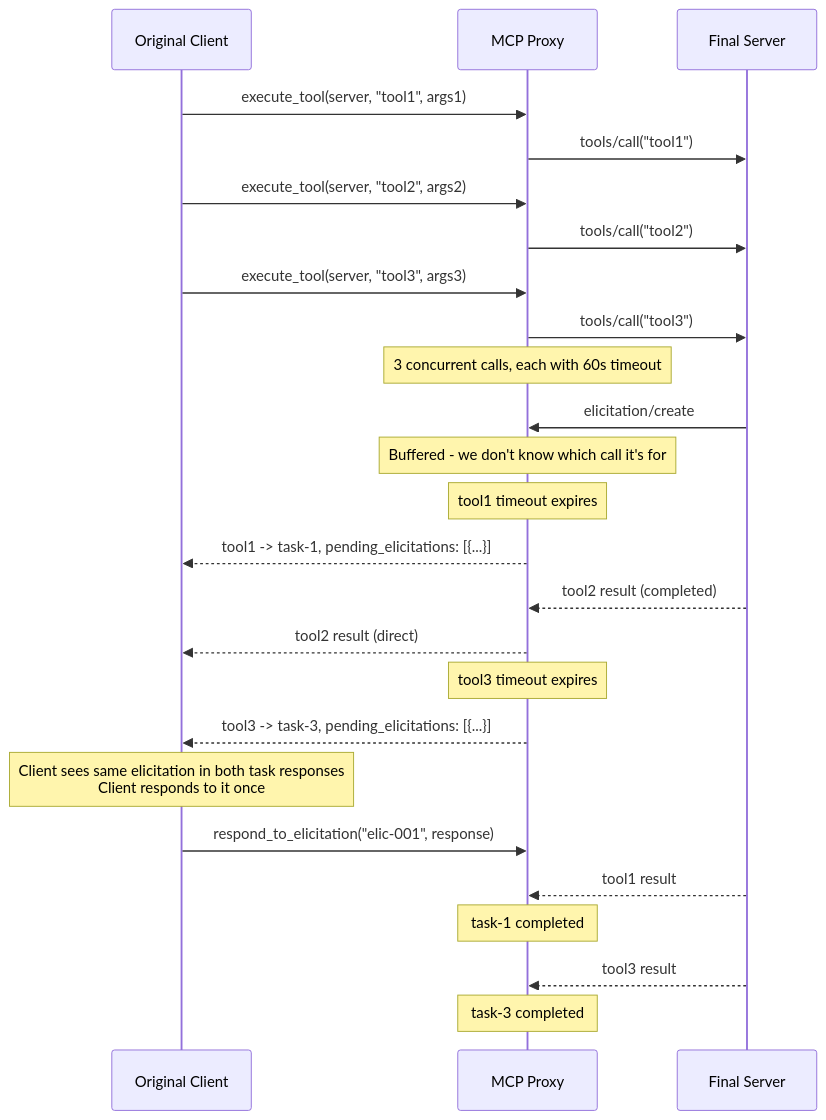
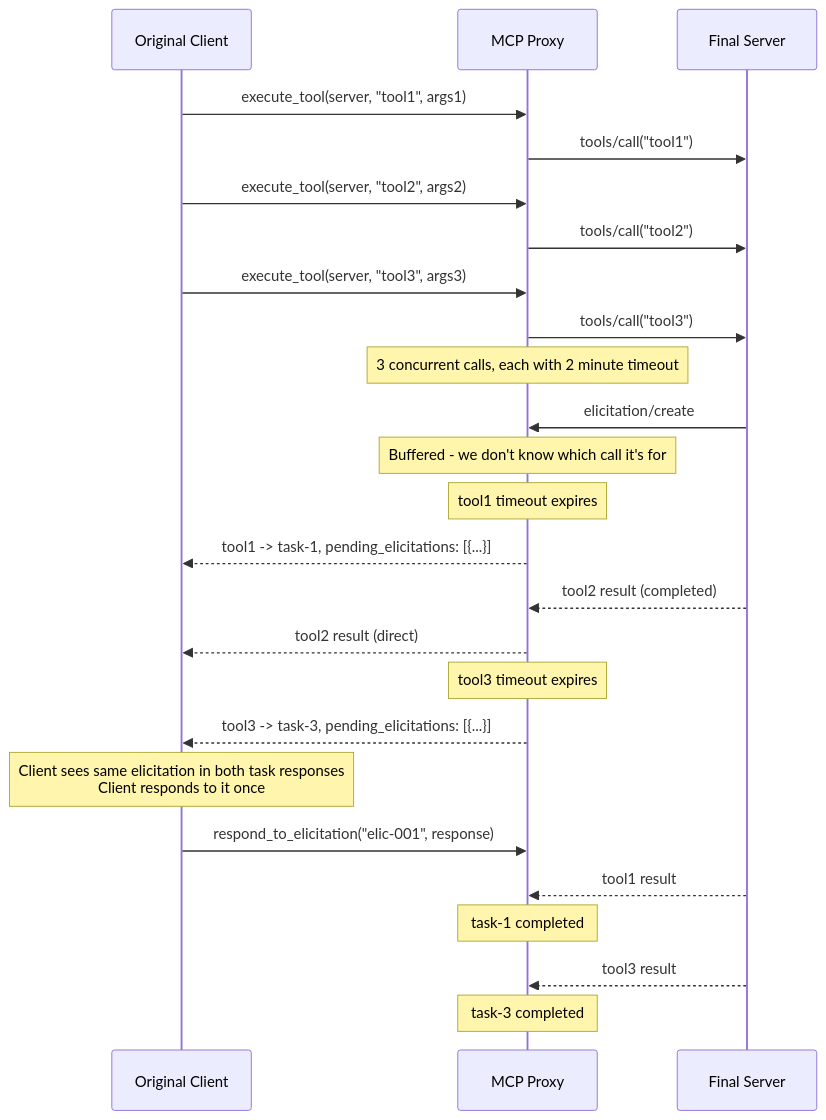
One commit to eastlondoner/mcp-proxy changed the ninth of 9 diagrams in TASKS_AND_ELICITATIONS.md. Above: the diagram before and after it, drawn with Mermaid. The commit also changed other lines of this file and 2 other files, not shown here.

````diff
--- a/TASKS_AND_ELICITATIONS.md
+++ b/TASKS_AND_ELICITATIONS.md
@@ -695,39 +705,39 @@
 ```mermaid
 sequenceDiagram
     participant OC as Original Client
     participant Proxy as MCP Proxy
     participant FS as Final Server
 
     OC->>Proxy: execute_tool(server, "tool1", args1)
     Proxy->>FS: tools/call("tool1")
 
     OC->>Proxy: execute_tool(server, "tool2", args2)
     Proxy->>FS: tools/call("tool2")
 
     OC->>Proxy: execute_tool(server, "tool3", args3)
     Proxy->>FS: tools/call("tool3")
 
-    Note over Proxy: 3 concurrent calls, each with 60s timeout
+    Note over Proxy: 3 concurrent calls, each with 2 minute timeout
 
     FS->>Proxy: elicitation/create
     Note over Proxy: Buffered - we don't know which call it's for
 
     Note over Proxy: tool1 timeout expires
     Proxy-->>OC: tool1 -> task-1, pending_elicitations: [{...}]
 
     FS-->>Proxy: tool2 result (completed)
     Proxy-->>OC: tool2 result (direct)
 
     Note over Proxy: tool3 timeout expires
     Proxy-->>OC: tool3 -> task-3, pending_elicitations: [{...}]
 
     Note over OC: Client sees same elicitation in both task responses<br/>Client responds to it once
 
     OC->>Proxy: respond_to_elicitation("elic-001", response)
 
     FS-->>Proxy: tool1 result
     Note over Proxy: task-1 completed
 
     FS-->>Proxy: tool3 result
     Note over Proxy: task-3 completed
 ```
````
